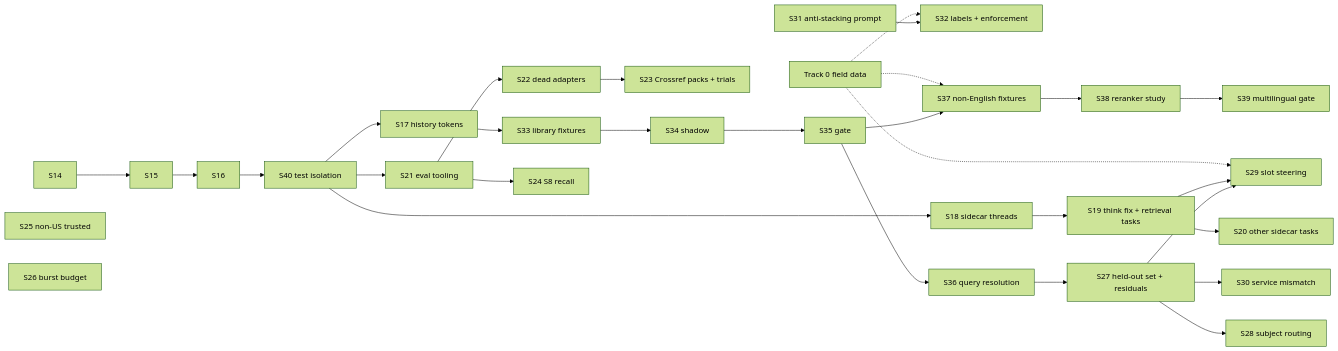
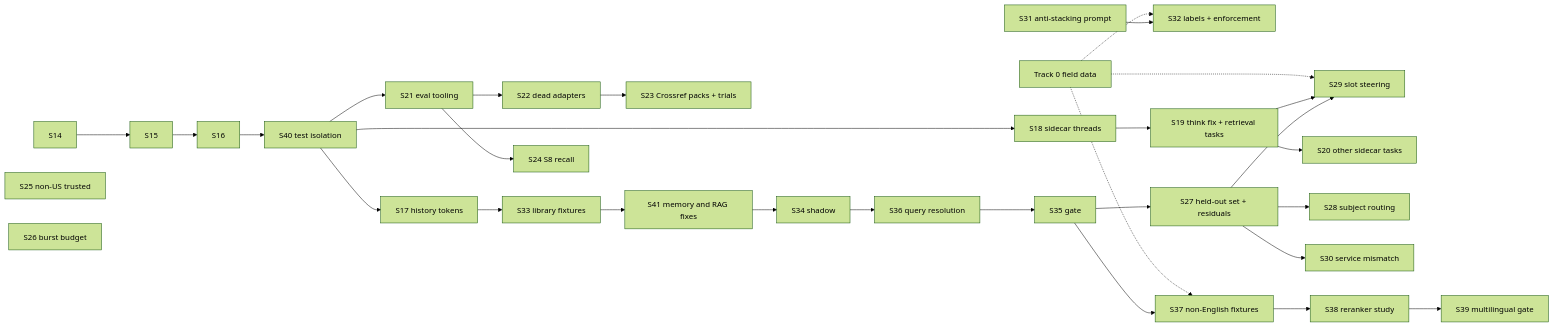
One commit to dagaza/Qube changed the diagram in docs/knowledge_retrieval_followups.md. Above: the diagram before and after it, drawn with Mermaid (forest theme). The commit also changed other lines of this file and 82 other files, not shown here.

First line of the commit message:
Knowledge-retrieval follow-ups, Phase 6: library and memory eval, memory search fixes, follow-ups, cross-encoder gate and salvage (S33–S36, S41, D26) (#78)

````diff
--- a/docs/knowledge_retrieval_followups.md
+++ b/docs/knowledge_retrieval_followups.md
@@ -83,20 +83,20 @@
 ```mermaid
 flowchart LR
   T0[Track 0 field data] -.-> S29
   T0 -.-> S32
   T0 -.-> S37
   S14 --> S15 --> S16
   S16 --> S40[S40 test isolation] --> S17[S17 history tokens]
   S40 --> S18[S18 sidecar threads] --> S19[S19 think fix + retrieval tasks] --> S20[S20 other sidecar tasks]
   S40 --> S21[S21 eval tooling] --> S22[S22 dead adapters] --> S23[S23 Crossref packs + trials]
-  S17 --> S33[S33 library fixtures] --> S34[S34 shadow] --> S35[S35 gate] --> S36[S36 query resolution]
-  S36 --> S27[S27 held-out set + residuals] --> S28[S28 subject routing]
+  S17 --> S33[S33 library fixtures] --> S41[S41 memory and RAG fixes] --> S34[S34 shadow] --> S36[S36 query resolution] --> S35[S35 gate]
+  S35 --> S27[S27 held-out set + residuals] --> S28[S28 subject routing]
   S19 --> S29[S29 slot steering]
   S27 --> S29
   S27 --> S30[S30 service mismatch]
   S31[S31 anti-stacking prompt] --> S32[S32 labels + enforcement]
   S21 --> S24[S24 S8 recall]
   S25[S25 non-US trusted]
   S26[S26 burst budget]
   S35 --> S37[S37 non-English fixtures] --> S38[S38 reranker study] --> S39[S39 multilingual gate]
 ```
````
